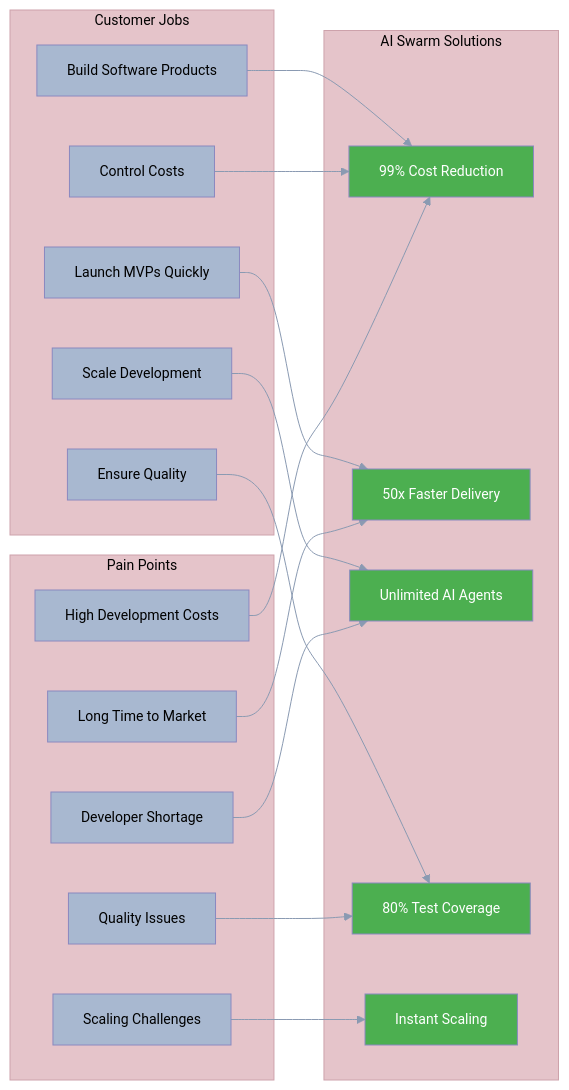
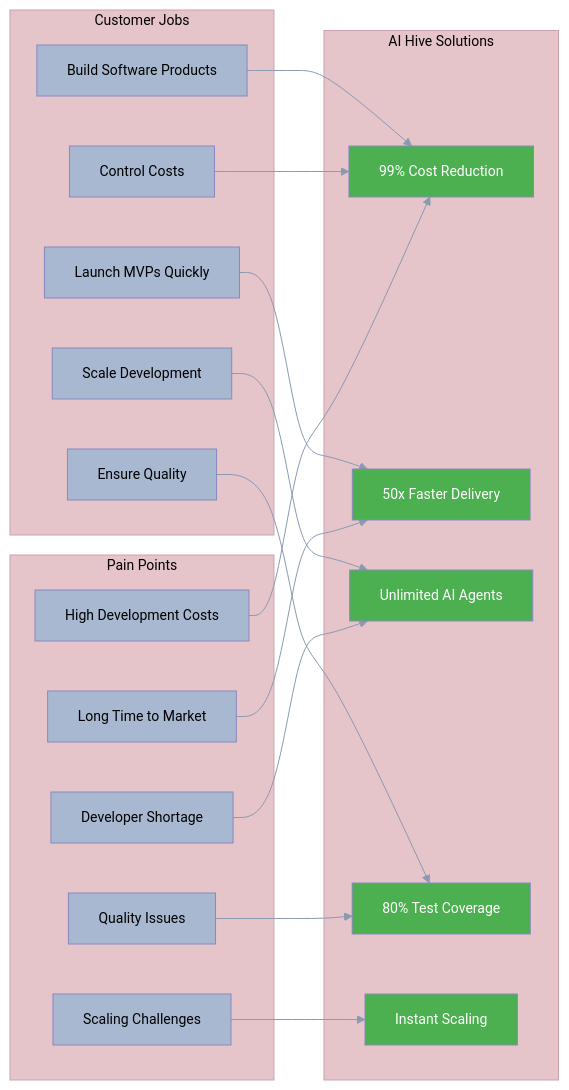
One commit to o2alexanderfedin/AI-Hive-Business-Docs changed the first of 10 diagrams in business-documents/competitive-positioning/01-positioning-strategy.md. Above: the diagram before and after it, drawn with Mermaid. The commit also changed other lines of this file and 22 other files, not shown here.

First line of the commit message:
Replace all references from 'AI Swarm' to 'AI Hive' across project

````diff
--- a/business-documents/competitive-positioning/01-positioning-strategy.md
+++ b/business-documents/competitive-positioning/01-positioning-strategy.md
@@ -27,77 +27,77 @@
 ```mermaid
 %%{init: {
   'theme': 'base',
   'themeVariables': {
     'primaryColor': '#A8B8D0',
     'primaryTextColor': '#000000',
     'primaryBorderColor': '#8A9AB2',
     'lineColor': '#8A9AB2',
     'secondaryColor': '#5DBCB6',
     'secondaryTextColor': '#000000',
     'secondaryBorderColor': '#3D9A94',
     'tertiaryColor': '#84D4F5',
     'tertiaryTextColor': '#000000',
     'tertiaryBorderColor': '#5ABCD8',
     'background': '#F5F5F5',
     'mainBkg': '#A8B8D0',
     'secondBkg': '#5DBCB6',
     'tertiaryBkg': '#84D4F5',
     'mainContrastColor': '#000000',
     'darkMode': false,
     'fontFamily': 'Arial, sans-serif',
     'fontSize': '14px',
     'labelBackground': '#E8E8E8',
     'textColor': '#000000',
     'nodeBkg': '#B3B2D8',
     'nodeTextColor': '#000000',
     'nodeBorder': '#8A89C0',
     'clusterBkg': '#E5C4CA',
     'clusterBorder': '#CDA2AB',
     'defaultLinkColor': '#8A9AB2',
     'titleColor': '#000000',
     'edgeLabelBackground': '#F5F5F5'
   }
 }}%%
 graph LR
     subgraph "Customer Jobs"
         A1[Build Software Products]
         A2[Launch MVPs Quickly]
         A3[Scale Development]
         A4[Control Costs]
         A5[Ensure Quality]
     end
 
     subgraph "Pain Points"
         B1[High Development Costs]
         B2[Long Time to Market]
         B3[Developer Shortage]
         B4[Quality Issues]
         B5[Scaling Challenges]
     end
 
-    subgraph "AI Swarm Solutions"
+    subgraph "AI Hive Solutions"
         C1[99% Cost Reduction]
         C2[50x Faster Delivery]
         C3[Unlimited AI Agents]
         C4[80% Test Coverage]
         C5[Instant Scaling]
     end
 
     A1 --> C1
     A2 --> C2
     A3 --> C3
     A4 --> C1
     A5 --> C4
 
     B1 --> C1
     B2 --> C2
     B3 --> C3
     B4 --> C4
     B5 --> C5
 
     style C1 fill:#4CAF50,color:#fff
     style C2 fill:#4CAF50,color:#fff
     style C3 fill:#4CAF50,color:#fff
     style C4 fill:#4CAF50,color:#fff
     style C5 fill:#4CAF50,color:#fff
 ```
````
